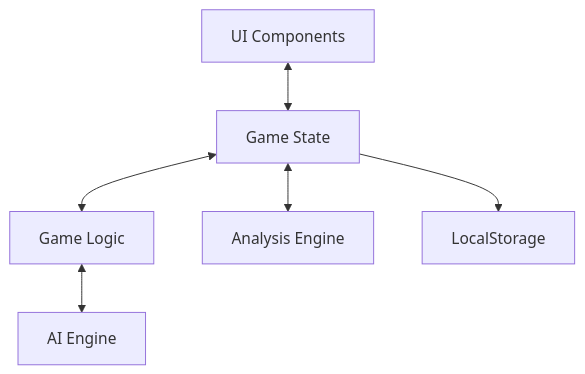
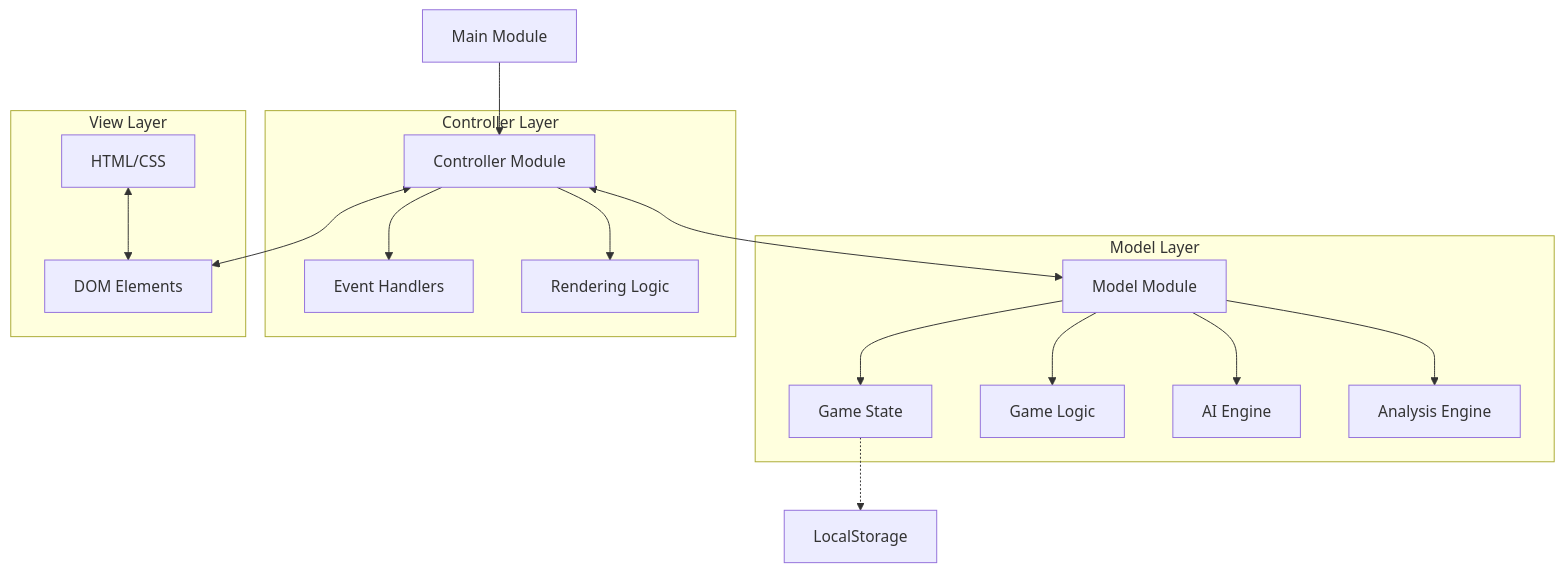
Before and after one commit to xpmatteo/scopa-trainer-v2: the diagram in memory-bank/systemPatterns.md, drawn with Mermaid. The commit also changed other lines of this file and 4 other files, not shown here.

````diff
--- a/memory-bank/systemPatterns.md
+++ b/memory-bank/systemPatterns.md
@@ -7,8 +7,27 @@
 ```mermaid
 flowchart TD
-    UI[UI Components] <--> GameState[Game State]
-    GameState <--> GameLogic[Game Logic]
-    GameLogic <--> AIEngine[AI Engine]
-    GameState <--> AnalysisEngine[Analysis Engine]
-    GameState --> LocalStorage[LocalStorage]
+    Main[Main Module] --> Controller
+    
+    subgraph Model Layer
+        Model[Model Module] --> GameState[Game State]
+        Model --> GameLogic[Game Logic]
+        Model --> AIEngine[AI Engine]
+        Model --> AnalysisEngine[Analysis Engine]
+    end
+    
+    subgraph Controller Layer
+        Controller[Controller Module] --> UIHandlers[Event Handlers]
+        Controller --> Rendering[Rendering Logic]
+    end
+    
+    Controller <--> Model
+    
+    subgraph View Layer
+        HTML[HTML/CSS] <--> DOM[DOM Elements]
+    end
+    
+    Controller <--> DOM
+    
+    %% Future extension
+    GameState -.-> LocalStorage[LocalStorage]
 ```
````
